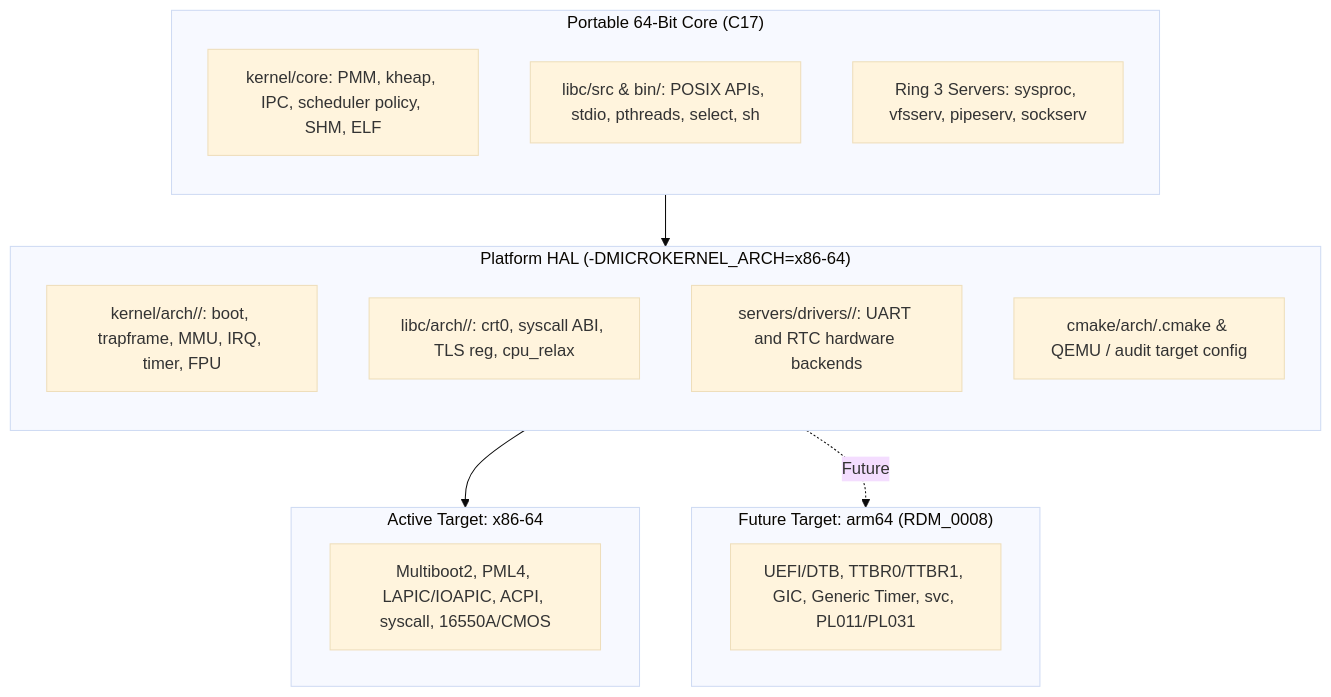
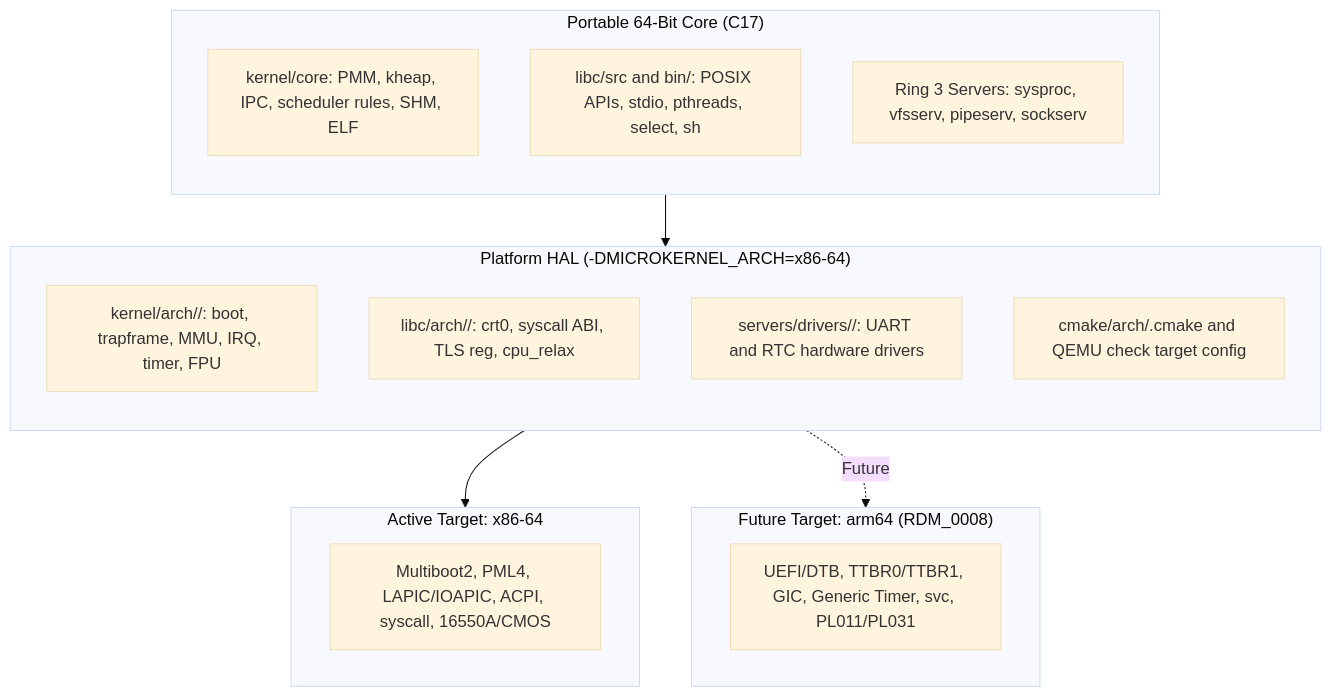
Before and after one commit to Deniz-Eren/microkernel: the diagram in docs/30-architecture/adr/ADR_0024.md, drawn with Mermaid (base theme). The commit also changed other lines of this file and 151 other files, not shown here.

````diff
--- a/docs/30-architecture/adr/ADR_0024.md
+++ b/docs/30-architecture/adr/ADR_0024.md
@@ -23,29 +22,29 @@
 ```mermaid
 flowchart TD
     subgraph CORE["Portable 64-Bit Core (C17)"]
         direction TB
-        K_CORE["kernel/core: PMM, kheap, IPC, scheduler policy, SHM, ELF"]
-        L_CORE["libc/src & bin/: POSIX APIs, stdio, pthreads, select, sh"]
+        K_CORE["kernel/core: PMM, kheap, IPC, scheduler rules, SHM, ELF"]
+        L_CORE["libc/src and bin/: POSIX APIs, stdio, pthreads, select, sh"]
         S_CORE["Ring 3 Servers: sysproc, vfsserv, pipeserv, sockserv"]
     end
 
     subgraph HAL["Platform HAL (-DMICROKERNEL_ARCH=x86-64)"]
         direction TB
         K_HAL["kernel/arch/<arch>/: boot, trapframe, MMU, IRQ, timer, FPU"]
         L_HAL["libc/arch/<arch>/: crt0, syscall ABI, TLS reg, cpu_relax"]
-        D_HAL["servers/drivers/<arch>/: UART and RTC hardware backends"]
-        B_HAL["cmake/arch/<arch>.cmake & QEMU / audit target config"]
+        D_HAL["servers/drivers/<arch>/: UART and RTC hardware drivers"]
+        B_HAL["cmake/arch/<arch>.cmake and QEMU check target config"]
     end
 
     subgraph X64["Active Target: x86-64"]
         X64_N["Multiboot2, PML4, LAPIC/IOAPIC, ACPI, syscall, 16550A/CMOS"]
     end
 
     subgraph ARM["Future Target: arm64 (RDM_0008)"]
         ARM_N["UEFI/DTB, TTBR0/TTBR1, GIC, Generic Timer, svc, PL011/PL031"]
     end
 
     CORE --> HAL
     HAL --> X64
     HAL -.->|"Future"| ARM
 ```
````
